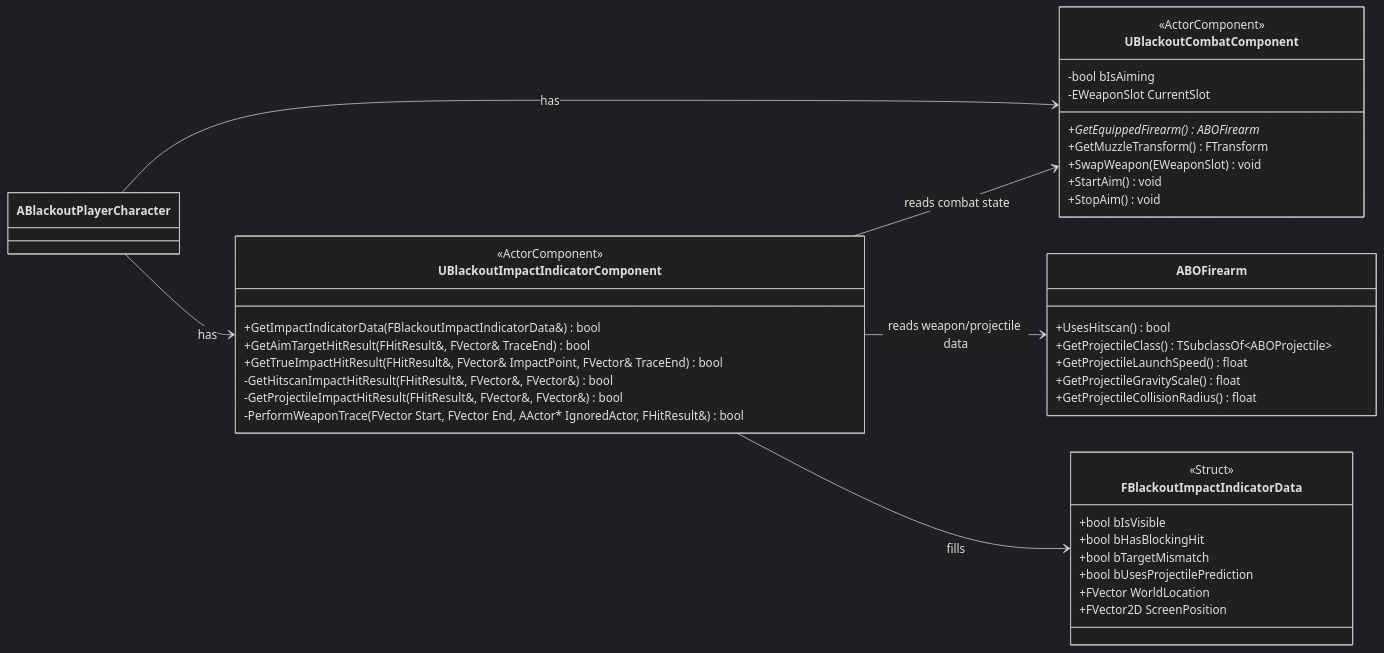
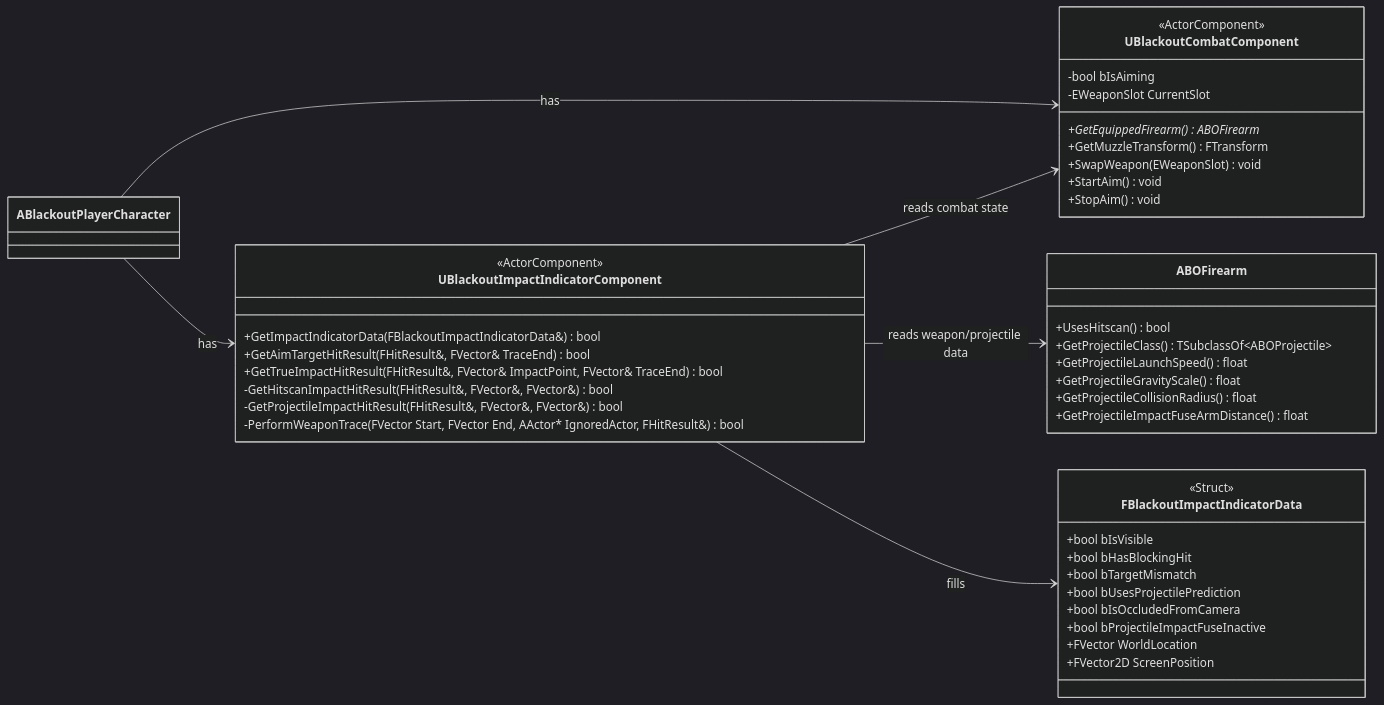
One commit to seongwon1579/ProjectBlackout changed the tenth of 12 diagrams in Docs/Project_Blackout_클래스다이어그램.md. Above: the diagram before and after it, drawn with Mermaid (dark theme). The commit also changed 12 other files, not shown here.

````diff
--- a/Docs/Project_Blackout_클래스다이어그램.md
+++ b/Docs/Project_Blackout_클래스다이어그램.md
@@ -404,49 +404,52 @@
 ```mermaid
 classDiagram
     direction LR
 
     class UBlackoutCombatComponent {
         <<ActorComponent>>
         -bool bIsAiming
         -EWeaponSlot CurrentSlot
         +GetEquippedFirearm() ABOFirearm*
         +GetMuzzleTransform() FTransform
         +SwapWeapon(EWeaponSlot) void
         +StartAim() void
         +StopAim() void
     }
 
     class UBlackoutImpactIndicatorComponent {
         <<ActorComponent>>
         +GetImpactIndicatorData(FBlackoutImpactIndicatorData&) bool
         +GetAimTargetHitResult(FHitResult&, FVector& TraceEnd) bool
         +GetTrueImpactHitResult(FHitResult&, FVector& ImpactPoint, FVector& TraceEnd) bool
         -GetHitscanImpactHitResult(FHitResult&, FVector&, FVector&) bool
         -GetProjectileImpactHitResult(FHitResult&, FVector&, FVector&) bool
         -PerformWeaponTrace(FVector Start, FVector End, AActor* IgnoredActor, FHitResult&) bool
     }
 
     class FBlackoutImpactIndicatorData {
         <<Struct>>
         +bool bIsVisible
         +bool bHasBlockingHit
         +bool bTargetMismatch
         +bool bUsesProjectilePrediction
+        +bool bIsOccludedFromCamera
+        +bool bProjectileImpactFuseInactive
         +FVector WorldLocation
         +FVector2D ScreenPosition
     }
 
     class ABOFirearm {
         +UsesHitscan() bool
         +GetProjectileClass() TSubclassOf~ABOProjectile~
         +GetProjectileLaunchSpeed() float
         +GetProjectileGravityScale() float
         +GetProjectileCollisionRadius() float
+        +GetProjectileImpactFuseArmDistance() float
     }
 
     ABlackoutPlayerCharacter --> UBlackoutCombatComponent : has
     ABlackoutPlayerCharacter --> UBlackoutImpactIndicatorComponent : has
     UBlackoutImpactIndicatorComponent --> UBlackoutCombatComponent : reads combat state
     UBlackoutImpactIndicatorComponent --> ABOFirearm : reads weapon/projectile data
     UBlackoutImpactIndicatorComponent --> FBlackoutImpactIndicatorData : fills
 ```
````
